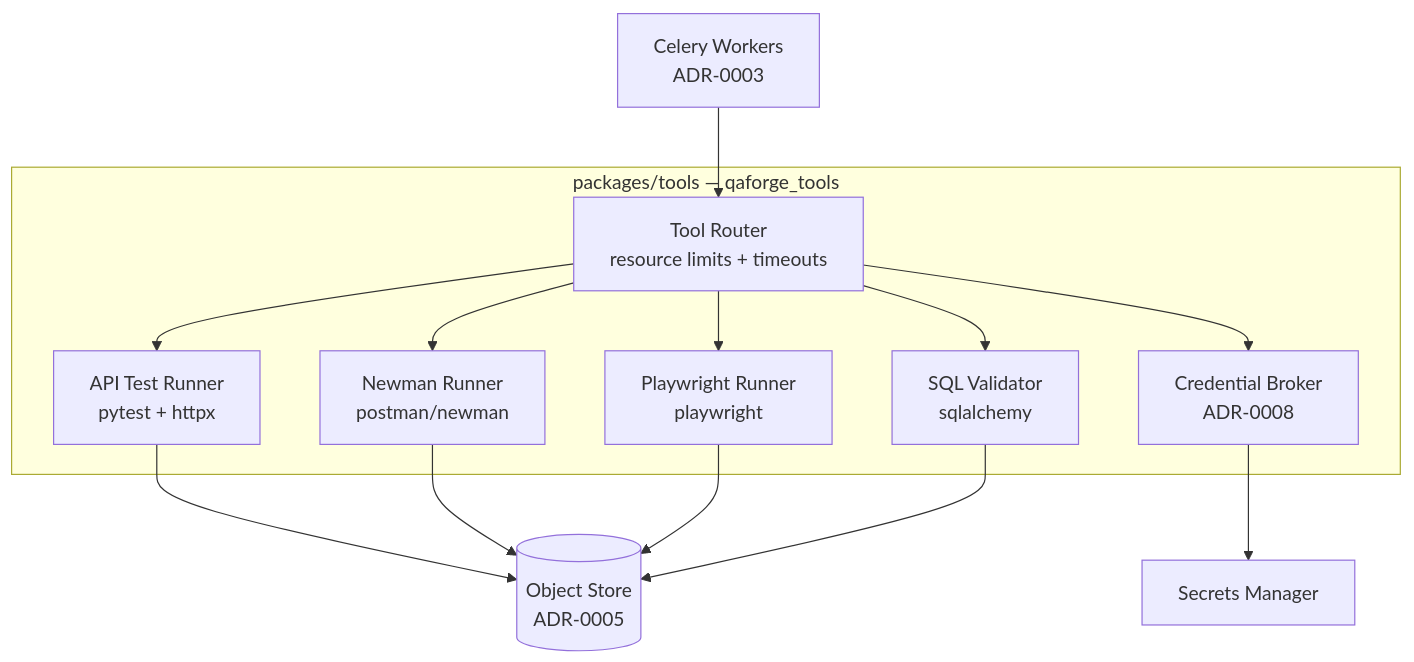
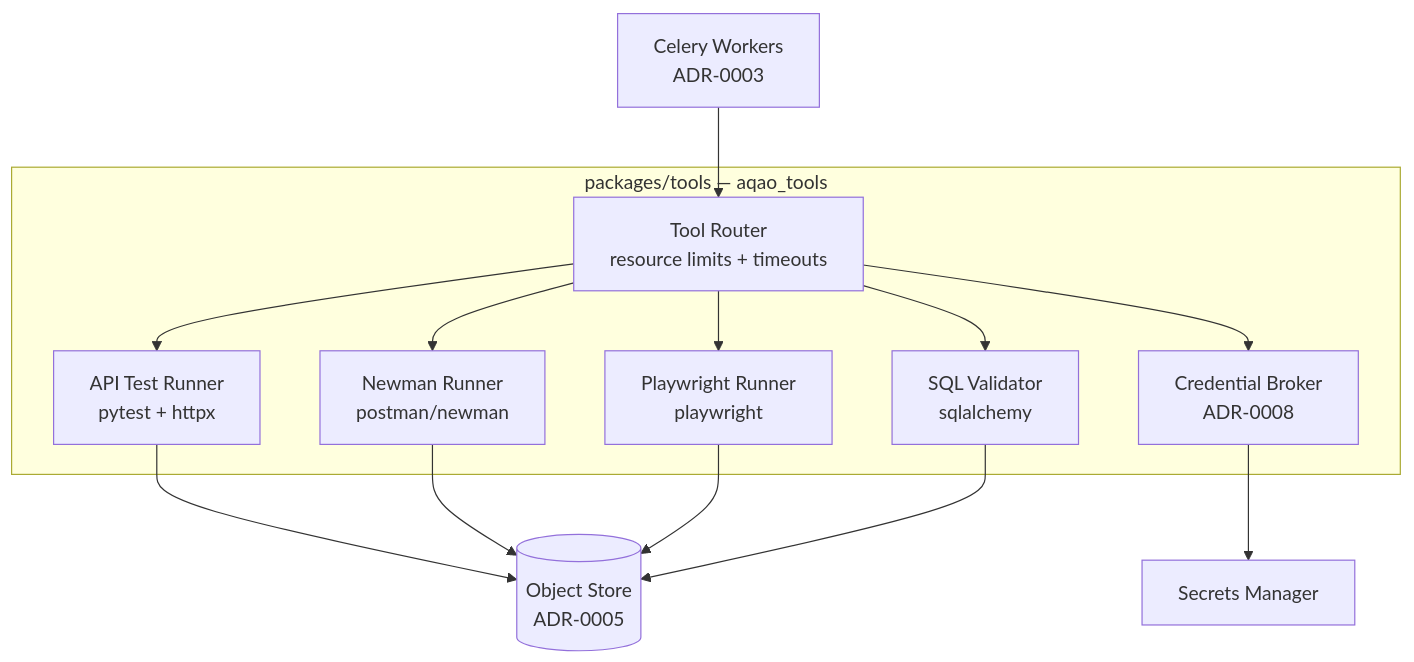
The third of 5 diagrams in docs/architecture/c4-component.md (anandtopu/agentic-qa), drawn with Mermaid before and after one commit. The commit also changed other lines of this file and 675 other files, not shown here.

````diff
--- a/docs/architecture/c4-component.md
+++ b/docs/architecture/c4-component.md
@@ -110,27 +110,27 @@
 ```mermaid
 flowchart TB
-  subgraph exec[packages/tools — qaforge_tools]
+  subgraph exec[packages/tools — aqao_tools]
     toolRouter[Tool Router\nresource limits + timeouts]
     apiRunner[API Test Runner\npytest + httpx]
     newmanRunner[Newman Runner\npostman/newman]
     uiRunner[Playwright Runner\nplaywright]
     sqlValidator[SQL Validator\nsqlalchemy]
     credBroker[Credential Broker\nADR-0008]
   end
 
   workerPool[Celery Workers\nADR-0003]
   objStore[(Object Store\nADR-0005)]
   vault[Secrets Manager]
 
   workerPool --> toolRouter
   toolRouter --> apiRunner
   toolRouter --> newmanRunner
   toolRouter --> uiRunner
   toolRouter --> sqlValidator
   toolRouter --> credBroker
   credBroker --> vault
   apiRunner --> objStore
   newmanRunner --> objStore
   uiRunner --> objStore
   sqlValidator --> objStore
 ```
````
